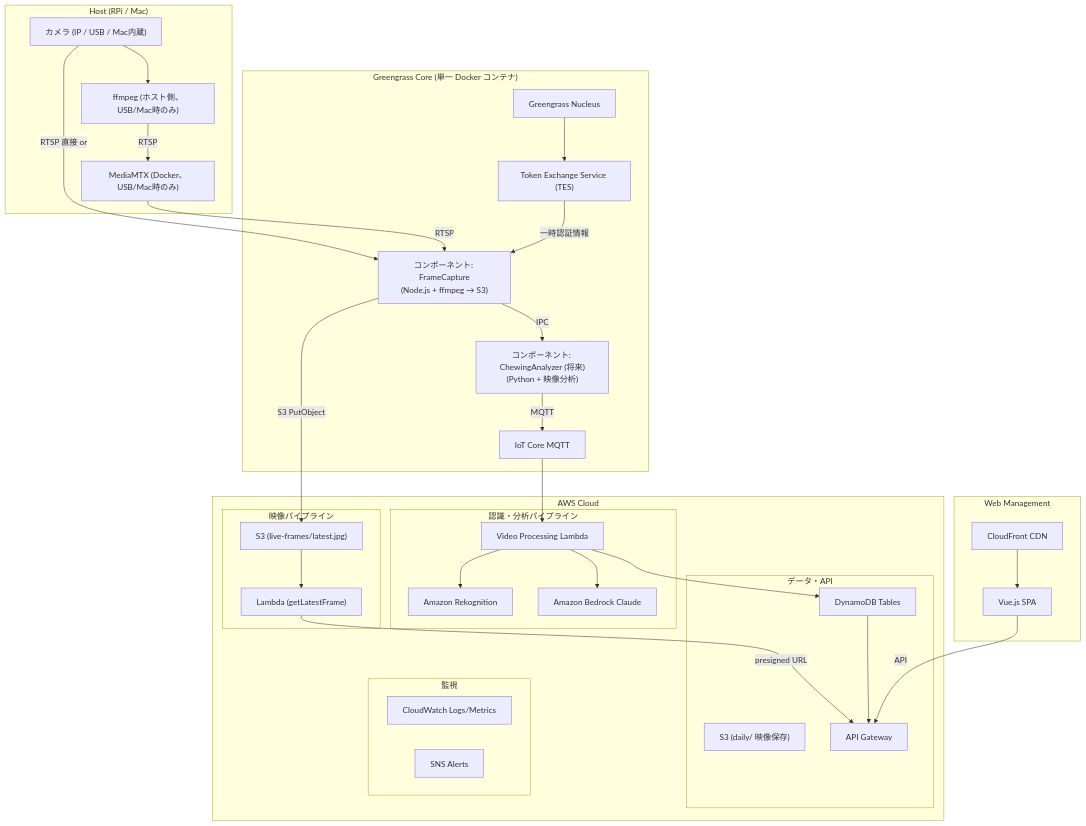
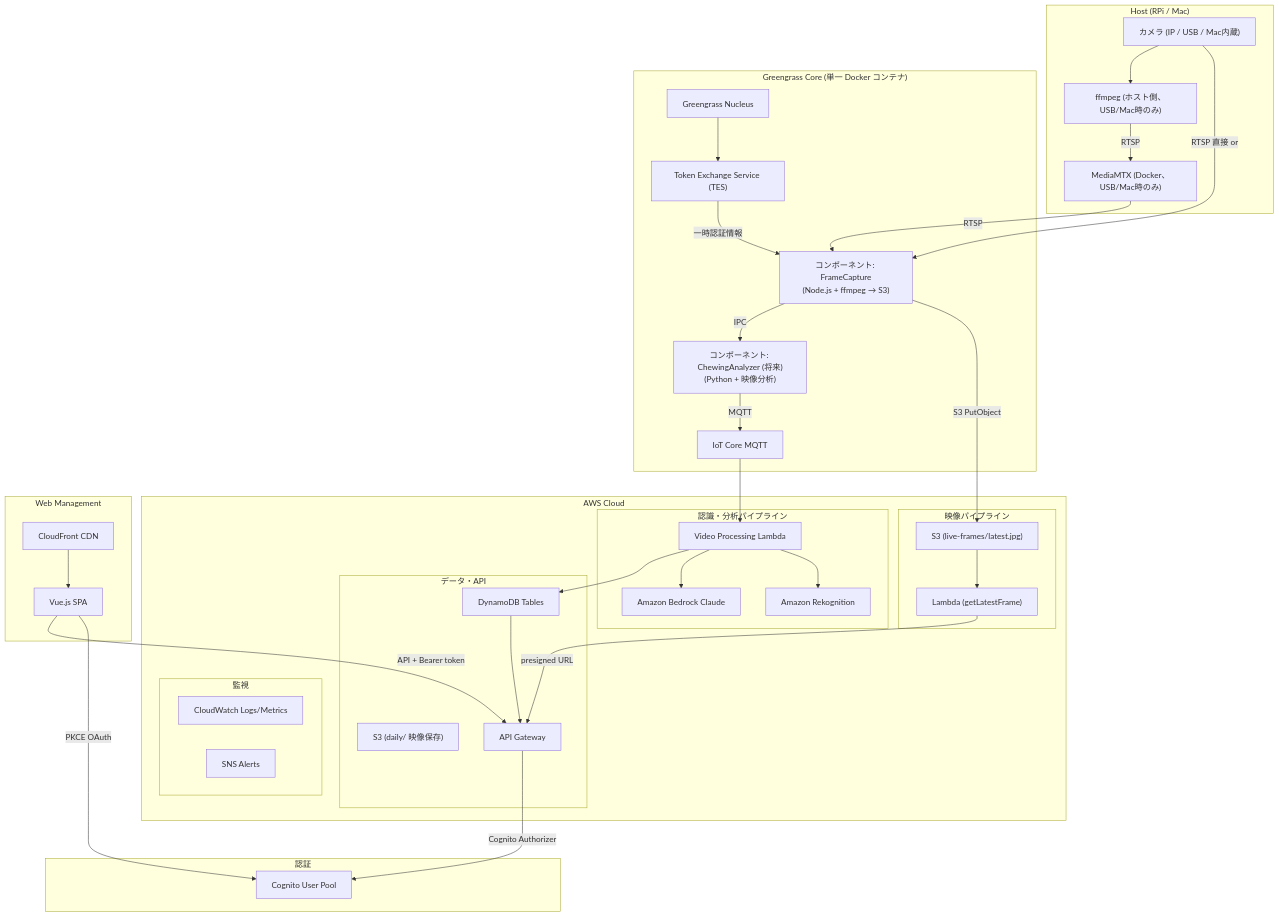
Before and after one commit to ikeom-je/NoEatToStop: the diagram in .kiro/specs/design.md, drawn with Mermaid. The commit also changed other lines of this file and 6 other files, not shown here.

````diff
--- a/.kiro/specs/design.md
+++ b/.kiro/specs/design.md
@@ -16,65 +16,71 @@
 ```mermaid
 graph TB
     subgraph "Host (RPi / Mac)"
         Camera["カメラ (IP / USB / Mac内蔵)"]
         FFmpegHost["ffmpeg (ホスト側、USB/Mac時のみ)"]
         MediaMTXHost["MediaMTX (Docker、USB/Mac時のみ)"]
     end
 
     subgraph "Greengrass Core (単一 Docker コンテナ)"
         GGNucleus["Greengrass Nucleus"]
         TES["Token Exchange Service (TES)"]
         FrameCaptureComp["コンポーネント: FrameCapture<br/>(Node.js + ffmpeg → S3)"]
         FutureComp["コンポーネント: ChewingAnalyzer (将来)<br/>(Python + 映像分析)"]
         MQTT["IoT Core MQTT"]
     end
 
     subgraph "AWS Cloud"
         subgraph "映像パイプライン"
             S3Live["S3 (live-frames/latest.jpg)"]
             FrameLambda["Lambda (getLatestFrame)"]
         end
         subgraph "認識・分析パイプライン"
             Rekognition[Amazon Rekognition]
             Bedrock[Amazon Bedrock Claude]
             ProcessingLambda[Video Processing Lambda]
         end
         subgraph "データ・API"
             S3Video["S3 (daily/ 映像保存)"]
             DynamoDB[DynamoDB Tables]
             APIGateway[API Gateway]
         end
         subgraph "監視"
             CloudWatch[CloudWatch Logs/Metrics]
             SNS[SNS Alerts]
         end
     end
 
+    subgraph "認証"
+        Cognito[Cognito User Pool]
+    end
+
     subgraph "Web Management"
         CloudFront[CloudFront CDN]
         VueApp["Vue.js SPA"]
     end
 
     Camera -->|"RTSP 直接 or"| FrameCaptureComp
     Camera --> FFmpegHost
     FFmpegHost -->|RTSP| MediaMTXHost
     MediaMTXHost -->|RTSP| FrameCaptureComp
 
     GGNucleus --> TES
     TES -->|"一時認証情報"| FrameCaptureComp
     FrameCaptureComp -->|"S3 PutObject"| S3Live
     FrameCaptureComp -->|IPC| FutureComp
     FutureComp -->|MQTT| MQTT
     MQTT --> ProcessingLambda
 
     ProcessingLambda --> Rekognition
     ProcessingLambda --> Bedrock
     ProcessingLambda --> DynamoDB
 
     S3Live --> FrameLambda
     FrameLambda -->|"presigned URL"| APIGateway
     DynamoDB --> APIGateway
 
     CloudFront --> VueApp
-    VueApp -->|API| APIGateway
+    VueApp -->|"PKCE OAuth"| Cognito
+    VueApp -->|"API + Bearer token"| APIGateway
+    APIGateway -->|"Cognito Authorizer"| Cognito
 ```
````
